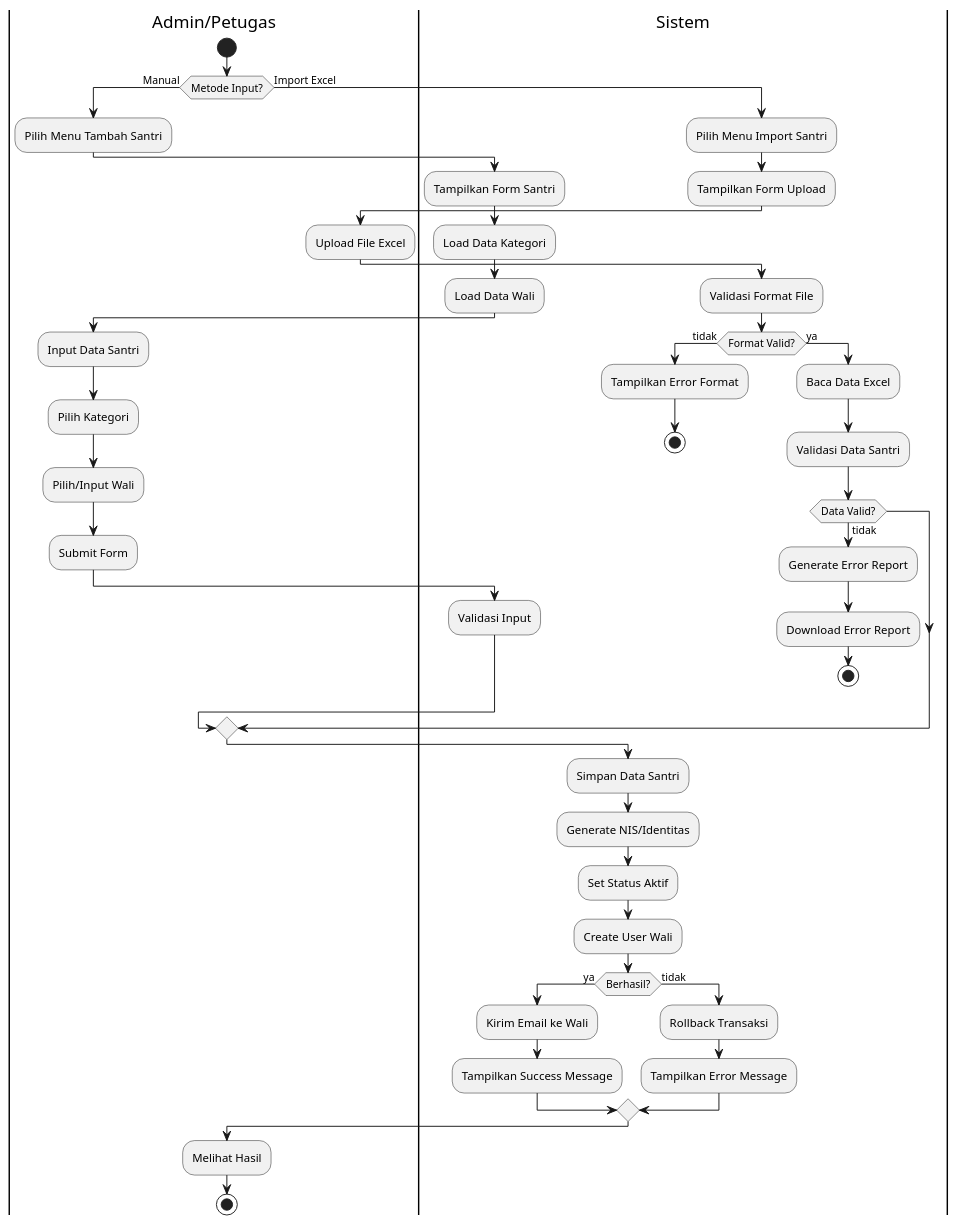
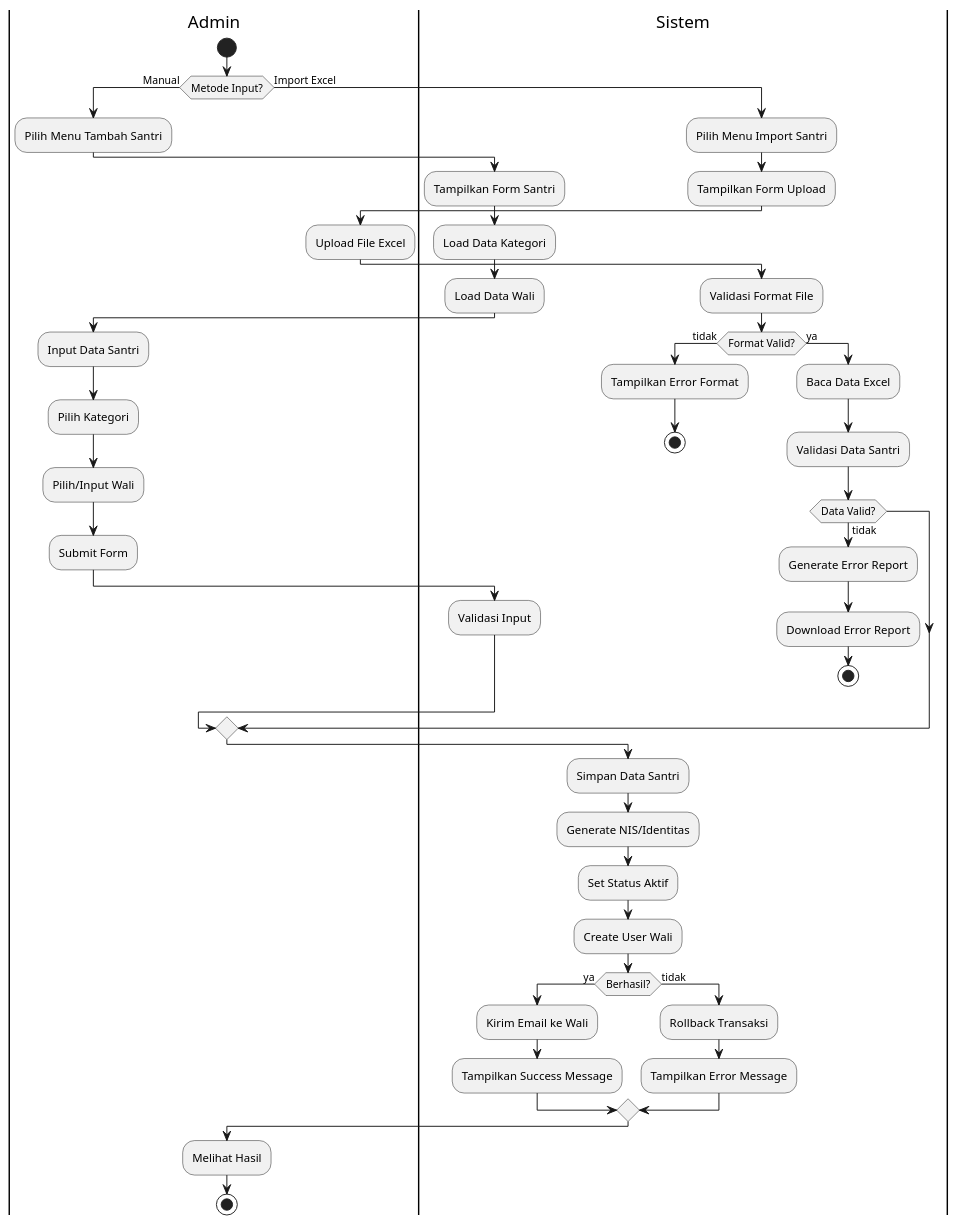
Before and after one commit to faruq-idn/SPP-JNJ: the diagram in diagrams/activity_tambah_santri.puml, drawn with PlantUML. The commit also changed 38 other files, not shown here.

```diff
--- a/diagrams/activity_tambah_santri.puml
+++ b/diagrams/activity_tambah_santri.puml
@@ -1,67 +1,67 @@
 @startuml Tambah Data Santri
 
-|Admin/Petugas|
+|Admin|
 start
 
 if (Metode Input?) then (Manual)
     :Pilih Menu Tambah Santri;
     
     |Sistem|
     :Tampilkan Form Santri;
     :Load Data Kategori;
     :Load Data Wali;
     
-    |Admin/Petugas|
+    |Admin|
     :Input Data Santri;
     :Pilih Kategori;
     :Pilih/Input Wali;
     :Submit Form;
     
     |Sistem|
     :Validasi Input;
     
 else (Import Excel)
     :Pilih Menu Import Santri;
     
     |Sistem|
     :Tampilkan Form Upload;
     
-    |Admin/Petugas|
+    |Admin|
     :Upload File Excel;
     
     |Sistem|
     :Validasi Format File;
     if (Format Valid?) then (tidak)
         :Tampilkan Error Format;
         stop
     else (ya)
         :Baca Data Excel;
         :Validasi Data Santri;
         
         if (Data Valid?) then (tidak)
             :Generate Error Report;
             :Download Error Report;
             stop
         endif
     endif
 endif
 
 |Sistem|
 :Simpan Data Santri;
 :Generate NIS/Identitas;
 :Set Status Aktif;
 :Create User Wali;
     
 if (Berhasil?) then (ya)
     :Kirim Email ke Wali;
     :Tampilkan Success Message;
 else (tidak)
     :Rollback Transaksi;
     :Tampilkan Error Message;
 endif
 
-|Admin/Petugas|
+|Admin|
 :Melihat Hasil;
 stop
 
 @enduml
```
